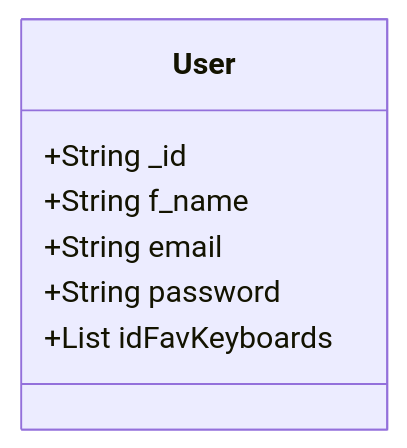
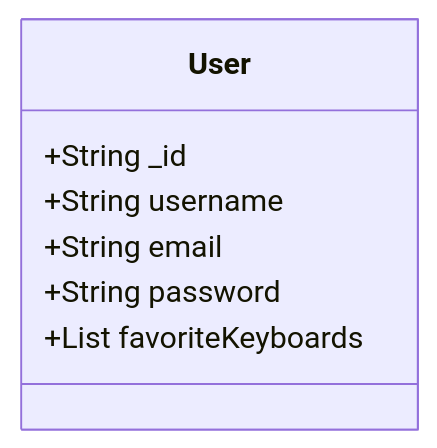
Before and after one commit to Vlastrix/keytastic_backend: the diagram in docs/user.md, drawn with Mermaid. The commit also changed other lines of this file and 1 other file, not shown here.

Commit message:
fix user.md and modified mongoose user schema

````diff
--- a/docs/user.md
+++ b/docs/user.md
@@ -2,10 +2,10 @@
 ```mermaid
 classDiagram
     class User {
         +String _id  
-        +String f_name
+        +String username
         +String email
         +String password
-        +List<String> idFavKeyboards
+        +List<String> favoriteKeyboards
     }
 ```
````
